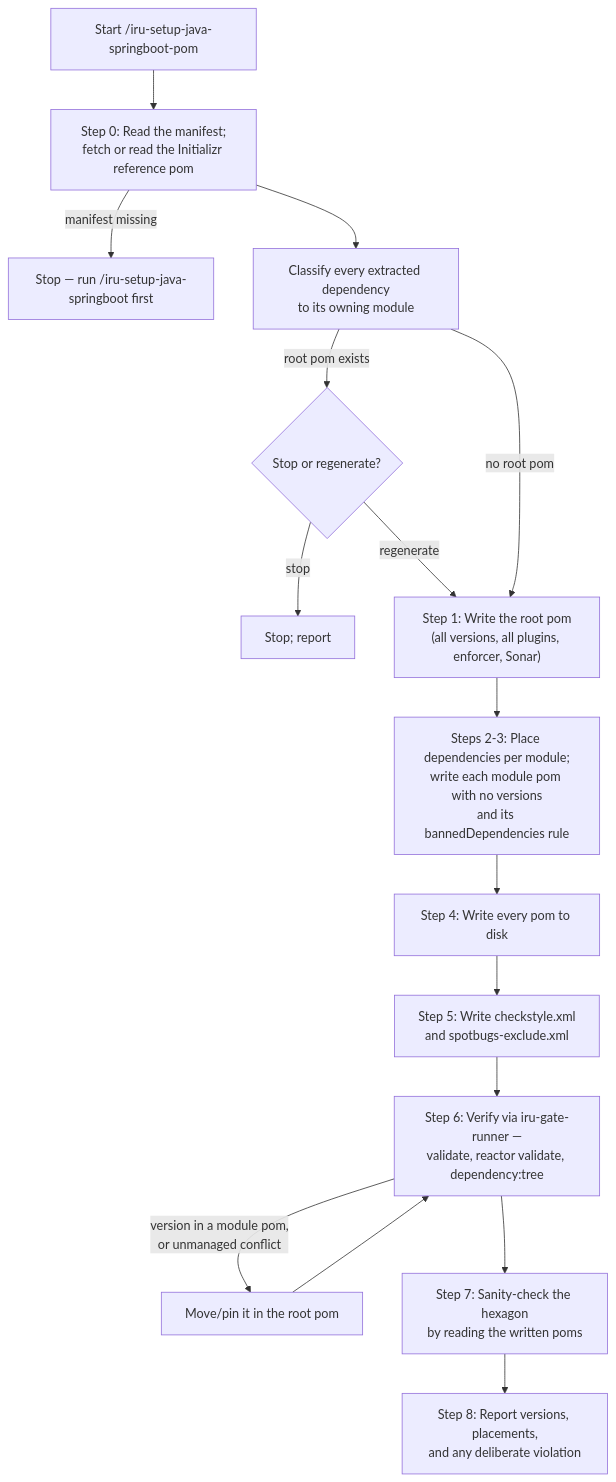
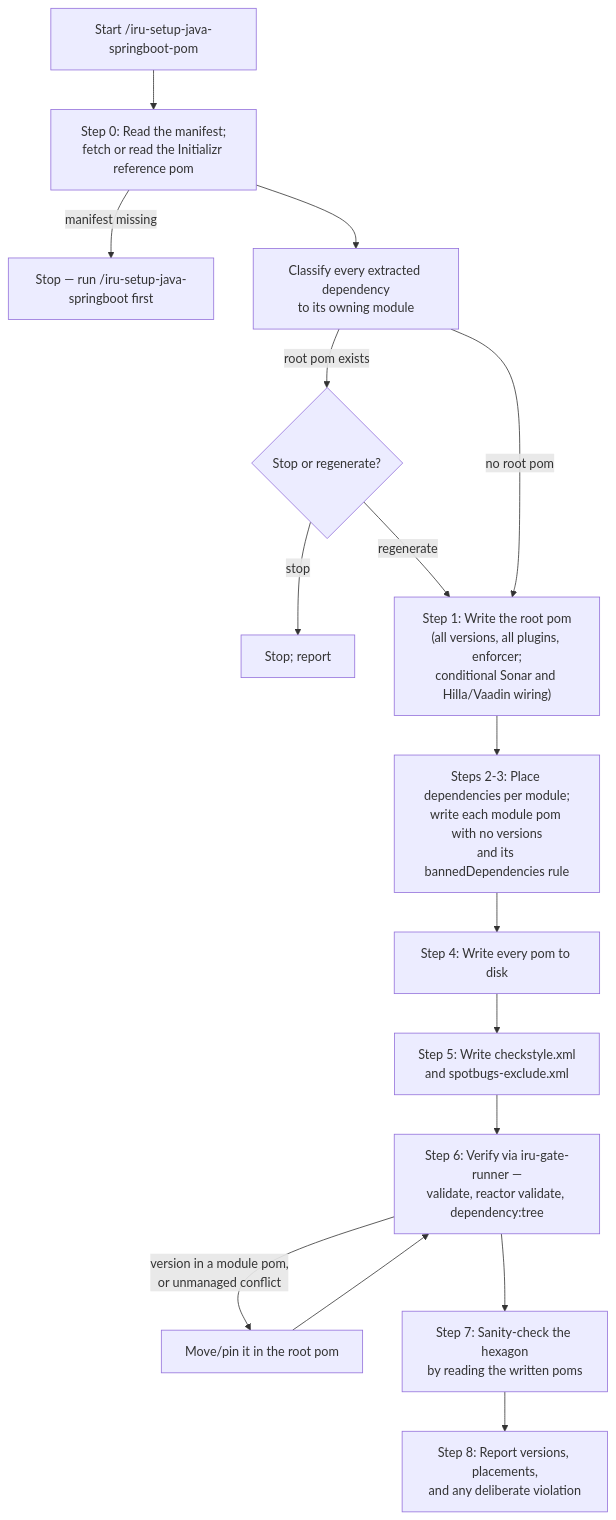
Before and after one commit to albertoirurueta/ai-catalog: the diagram in docs/modules/ROOT/pages/skills/iru-setup-java-springboot-pom.adoc, drawn with Mermaid. The commit also changed other lines of this file and 162 other files, not shown here.

```diff
--- a/docs/modules/ROOT/pages/skills/iru-setup-java-springboot-pom.adoc
+++ b/docs/modules/ROOT/pages/skills/iru-setup-java-springboot-pom.adoc
@@ -96,19 +107,19 @@
 [mermaid]
 ....
 flowchart TD
     A["Start /iru-setup-java-springboot-pom"] --> B["Step 0: Read the manifest;\nfetch or read the Initializr reference pom"]
     B -- manifest missing --> STOP["Stop — run /iru-setup-java-springboot first"]
     B --> C["Classify every extracted dependency\nto its owning module"]
     C -- root pom exists --> D{"Stop or regenerate?"}
     D -- stop --> STOP2[Stop; report]
     D -- regenerate --> E
-    C -- no root pom --> E["Step 1: Write the root pom\n(all versions, all plugins, enforcer, Sonar)"]
+    C -- no root pom --> E["Step 1: Write the root pom\n(all versions, all plugins, enforcer;\nconditional Sonar and Hilla/Vaadin wiring)"]
     E --> F["Steps 2-3: Place dependencies per module;\nwrite each module pom with no versions\nand its bannedDependencies rule"]
     F --> G["Step 4: Write every pom to disk"]
     G --> H["Step 5: Write checkstyle.xml\nand spotbugs-exclude.xml"]
     H --> I["Step 6: Verify via iru-gate-runner —\nvalidate, reactor validate, dependency:tree"]
     I -->|"version in a module pom,\nor unmanaged conflict"| J["Move/pin it in the root pom"]
     J --> I
     I --> K["Step 7: Sanity-check the hexagon\nby reading the written poms"]
     K --> L["Step 8: Report versions, placements,\nand any deliberate violation"]
 ....
```
